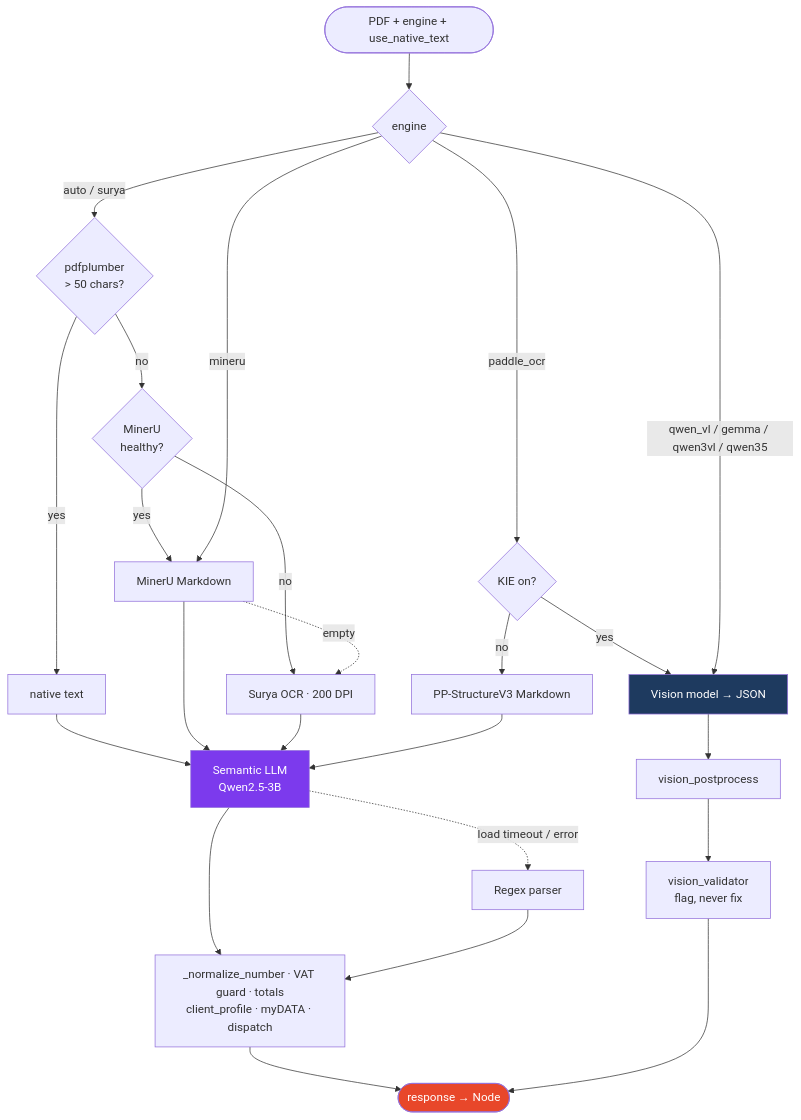
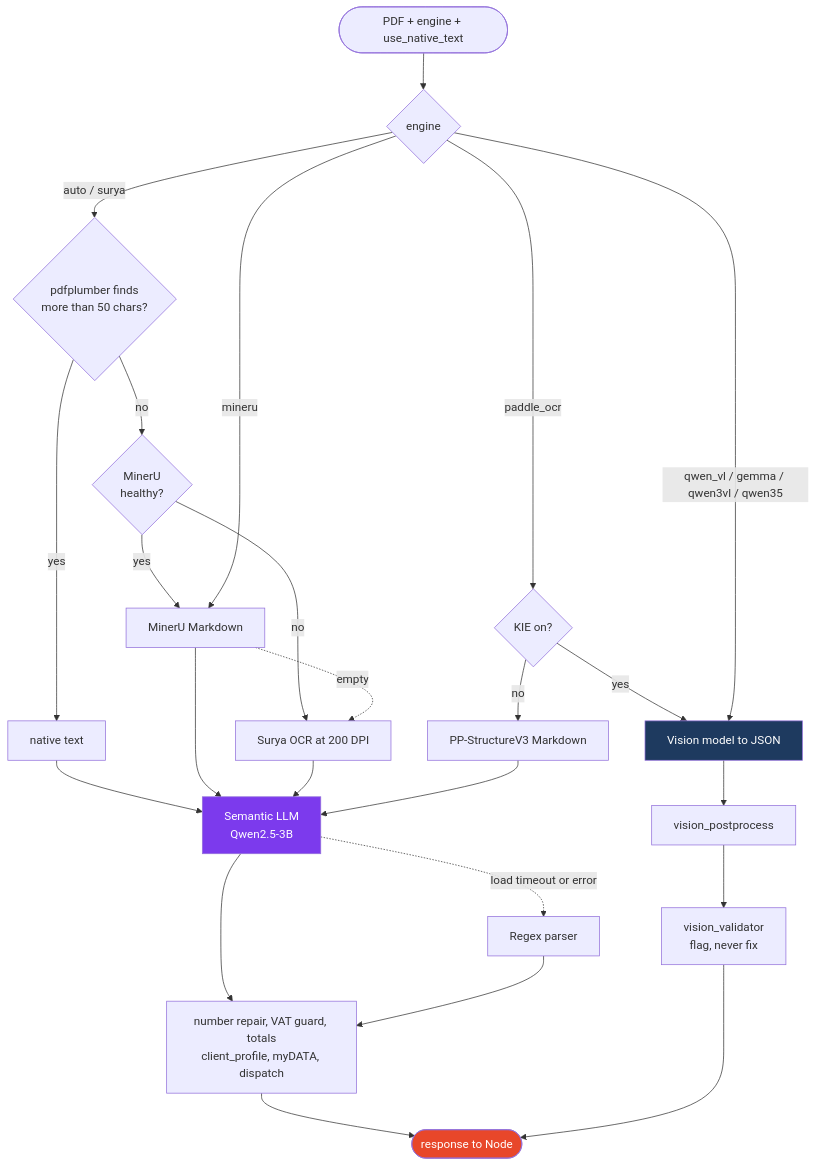
One commit to georgeGeorgakakos/optimusInvoice changed the third of 6 diagrams in README.md. Above: the diagram before and after it, drawn with Mermaid. The commit also changed other lines of this file, not shown here.

Commit message:
feat: update OptimusInvoice code [2026-10-24 23:45] (1 files)

````diff
--- a/README.md
+++ b/README.md
@@ -234,23 +234,29 @@
 ```mermaid
 flowchart TD
-    IN([PDF + engine + use_native_text]) --> E{engine}
-    E -->|auto / surya| PP{pdfplumber<br/>&gt; 50 chars?}
-    PP -->|yes| NT[native text]
-    PP -->|no| MH{MinerU<br/>healthy?}
-    MH -->|yes| MU[MinerU Markdown]
-    MH -->|no| SU[Surya OCR · 200 DPI]
-    MU -.->|empty| SU
-    E -->|mineru| MU
-    E -->|paddle_ocr| PD{KIE on?}
-    PD -->|no| PM[PP-StructureV3 Markdown]
-    PD -->|yes| VJ
-    NT & MU & SU & PM --> SEM[Semantic LLM<br/>Qwen2.5-3B]
-    SEM -.->|load timeout / error| RX[Regex parser]
-    SEM & RX --> TXT[_normalize_number · VAT guard · totals<br/>client_profile · myDATA · dispatch]
-    E -->|qwen_vl / gemma / qwen3vl / qwen35| VJ[Vision model → JSON]
-    VJ --> VP[vision_postprocess] --> VV[vision_validator<br/>flag, never fix]
-    TXT & VV --> OUT([response → Node])
+    IN(["PDF + engine + use_native_text"]) --> E{"engine"}
+    E -->|"auto / surya"| PP{"pdfplumber finds<br/>more than 50 chars?"}
+    PP -->|"yes"| NT["native text"]
+    PP -->|"no"| MH{"MinerU<br/>healthy?"}
+    MH -->|"yes"| MU["MinerU Markdown"]
+    MH -->|"no"| SU["Surya OCR at 200 DPI"]
+    MU -.->|"empty"| SU
+    E -->|"mineru"| MU
+    E -->|"paddle_ocr"| PD{"KIE on?"}
+    PD -->|"no"| PM["PP-StructureV3 Markdown"]
+    PD -->|"yes"| VJ
+    NT --> SEM["Semantic LLM<br/>Qwen2.5-3B"]
+    MU --> SEM
+    SU --> SEM
+    PM --> SEM
+    SEM -.->|"load timeout or error"| RX["Regex parser"]
+    SEM --> TXT["number repair, VAT guard, totals<br/>client_profile, myDATA, dispatch"]
+    RX --> TXT
+    E -->|"qwen_vl / gemma / qwen3vl / qwen35"| VJ["Vision model to JSON"]
+    VJ --> VP["vision_postprocess"]
+    VP --> VV["vision_validator<br/>flag, never fix"]
+    TXT --> OUT(["response to Node"])
+    VV --> OUT
     style SEM fill:#7c3aed,color:#fff
     style VJ fill:#1e3a5f,color:#fff
     style OUT fill:#E8472A,color:#fff
 ```
````
